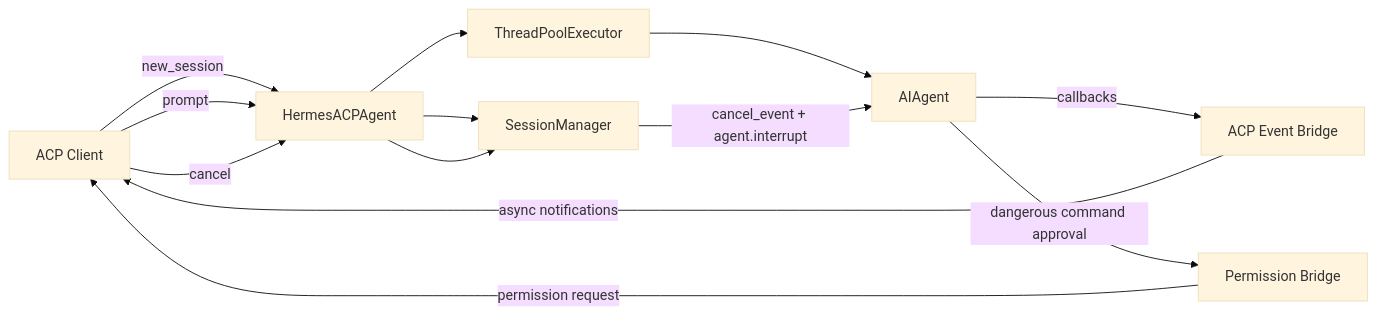
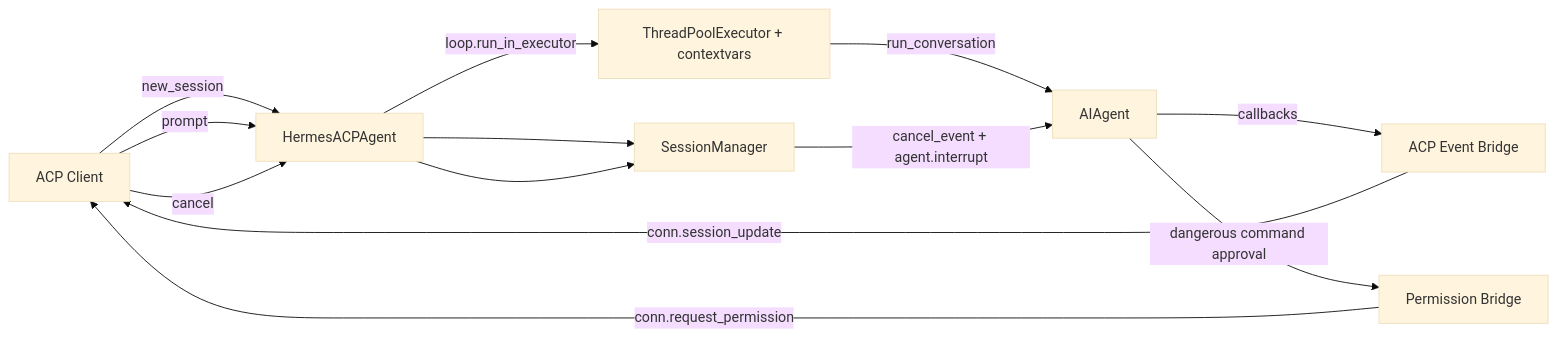
One commit to M1racleShih/hermes-relay changed the diagram in docs/diagrams/06-acp-bridge-flow.md. Above: the diagram before and after it, drawn with Mermaid (base theme). The commit also changed 11 other files, not shown here.

````diff
--- a/docs/diagrams/06-acp-bridge-flow.md
+++ b/docs/diagrams/06-acp-bridge-flow.md
@@ -3,23 +3,23 @@
 ```mermaid
 flowchart LR
     Client[ACP Client]
     Server[HermesACPAgent]
     Manager[SessionManager]
-    Worker[ThreadPoolExecutor]
+    Worker[ThreadPoolExecutor + contextvars]
     Agent[AIAgent]
     Events[ACP Event Bridge]
     Perm[Permission Bridge]
 
     Client -->|new_session| Server
     Server --> Manager
     Client -->|prompt| Server
-    Server --> Worker
-    Worker --> Agent
+    Server -->|loop.run_in_executor| Worker
+    Worker -->|run_conversation| Agent
     Agent -->|callbacks| Events
-    Events -->|async notifications| Client
+    Events -->|conn.session_update| Client
     Agent -->|dangerous command approval| Perm
-    Perm -->|permission request| Client
+    Perm -->|conn.request_permission| Client
     Client -->|cancel| Server
     Server --> Manager
     Manager -->|cancel_event + agent.interrupt| Agent
 ```
````
